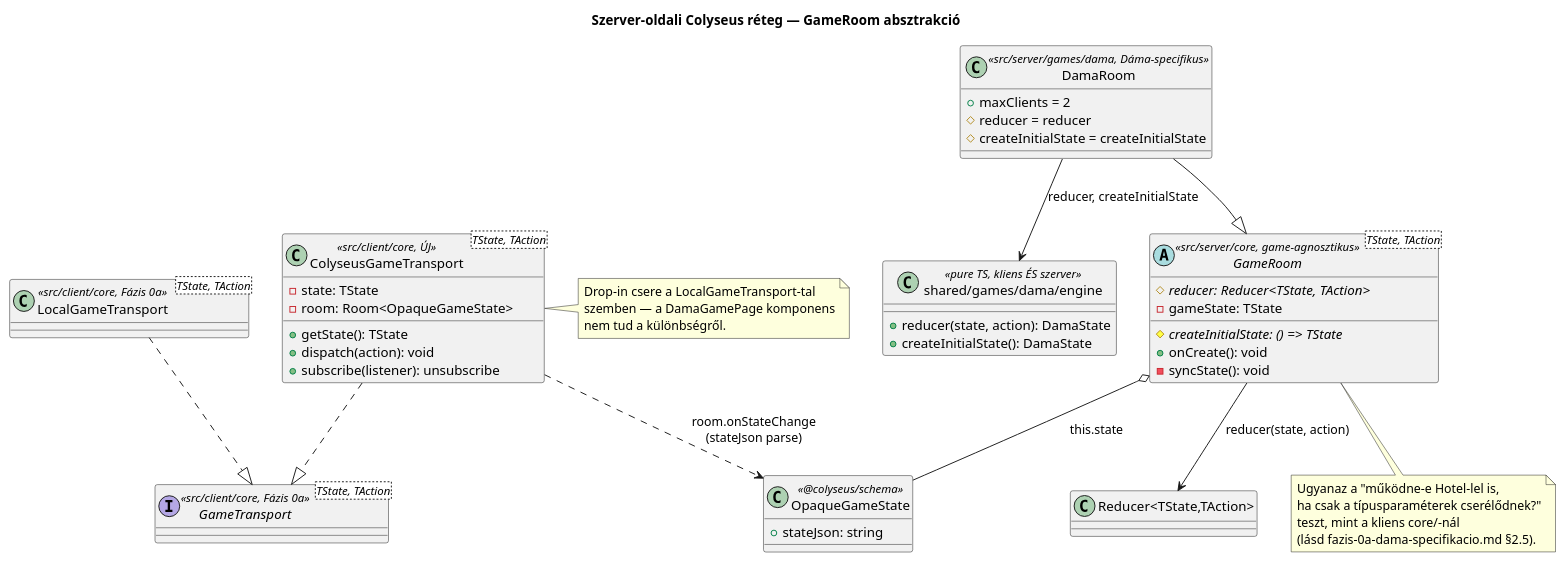
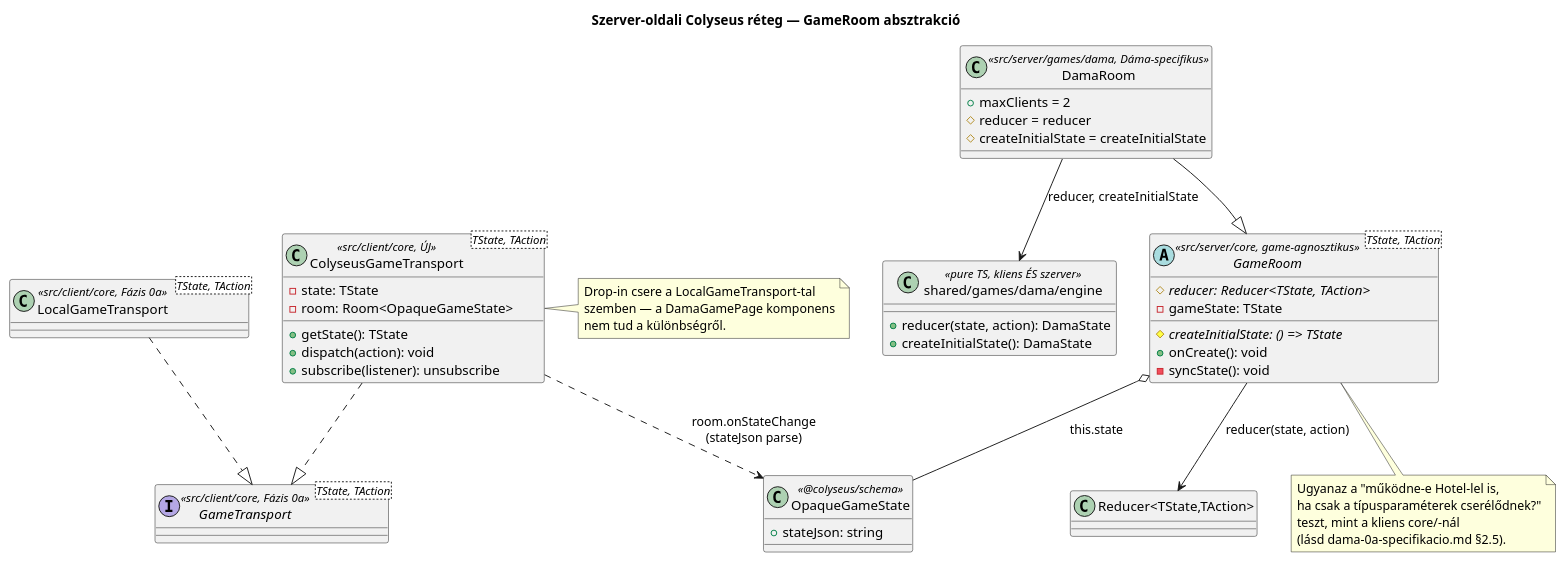
The diagram in docs/diagrams/dama-room-class-diagram.puml (bbalazs2002/Games-center), drawn with PlantUML before and after one commit. The commit also changed 66 other files, not shown here.

```diff
--- a/docs/diagrams/dama-room-class-diagram.puml
+++ b/docs/diagrams/dama-room-class-diagram.puml
@@ -1,61 +1,61 @@
 @startuml dama-room-class-diagram
 title Szerver-oldali Colyseus réteg — GameRoom absztrakció
 
 class OpaqueGameState <<@colyseus/schema>> {
   +stateJson: string
 }
 
 abstract class GameRoom<TState, TAction> <<src/server/core, game-agnosztikus>> {
   #{abstract} reducer: Reducer<TState, TAction>
   #{abstract} createInitialState: () => TState
   -gameState: TState
   +onCreate(): void
   -syncState(): void
 }
 
 class DamaRoom <<src/server/games/dama, Dáma-specifikus>> {
   +maxClients = 2
   #reducer = reducer
   #createInitialState = createInitialState
 }
 
 class "shared/games/dama/engine" as DamaEngine <<pure TS, kliens ÉS szerver>> {
   +reducer(state, action): DamaState
   +createInitialState(): DamaState
 }
 
 interface "GameTransport<TState, TAction>" as GameTransport <<src/client/core, Fázis 0a>>
 
 class ColyseusGameTransport<TState, TAction> <<src/client/core, ÚJ>> {
   -state: TState
   -room: Room<OpaqueGameState>
   +getState(): TState
   +dispatch(action): void
   +subscribe(listener): unsubscribe
 }
 
 class LocalGameTransport<TState, TAction> <<src/client/core, Fázis 0a>>
 
 GameRoom o-- OpaqueGameState : this.state
 GameRoom --> "Reducer<TState,TAction>" : reducer(state, action)
 DamaRoom --|> GameRoom
 DamaRoom --> DamaEngine : reducer, createInitialState
 
 ColyseusGameTransport ..|> GameTransport
 LocalGameTransport ..|> GameTransport
 ColyseusGameTransport ..> OpaqueGameState : room.onStateChange\n(stateJson parse)
 
 note bottom of GameRoom
   Ugyanaz a "működne-e Hotel-lel is,
   ha csak a típusparaméterek cserélődnek?"
   teszt, mint a kliens core/-nál
-  (lásd fazis-0a-dama-specifikacio.md §2.5).
+  (lásd dama-0a-specifikacio.md §2.5).
 end note
 
 note right of ColyseusGameTransport
   Drop-in csere a LocalGameTransport-tal
   szemben — a DamaGamePage komponens
   nem tud a különbségről.
 end note
 
 @enduml
```
